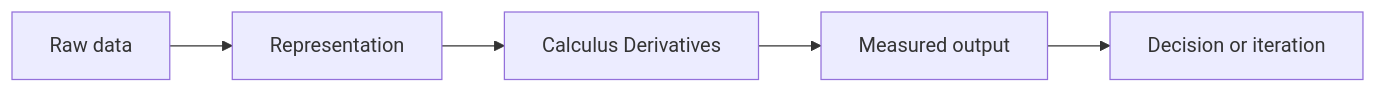
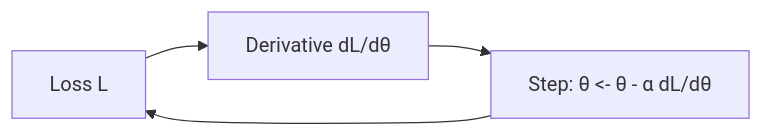
One commit to Icon1cc/Machine-Learning changed the diagram in math/06-calculus-derivatives.md. Above: the diagram before and after it, drawn with Mermaid. The commit also changed other lines of this file and 264 other files, not shown here.

````diff
--- a/math/06-calculus-derivatives.md
+++ b/math/06-calculus-derivatives.md
@@ -92,7 +67,6 @@
 ```mermaid
 flowchart LR
-    A[Raw data] --> B[Representation]
-    B --> C[Calculus Derivatives]
-    C --> D[Measured output]
-    D --> E[Decision or iteration]
+    L[Loss L] --> D[Derivative dL/dθ]
+    D --> S[Step: θ <- θ - α dL/dθ]
+    S --> L
 ```
````
